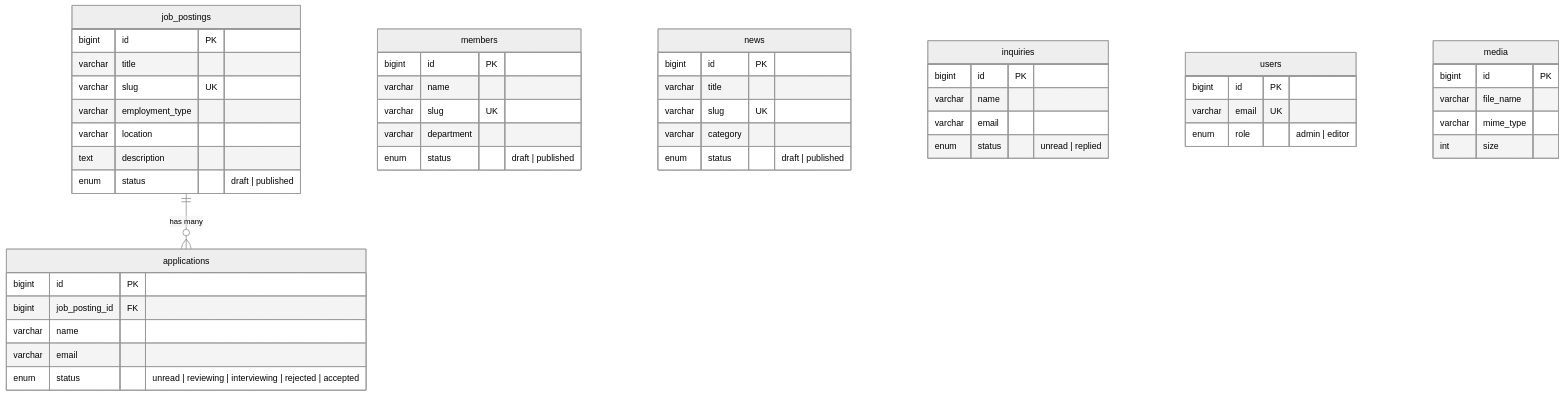
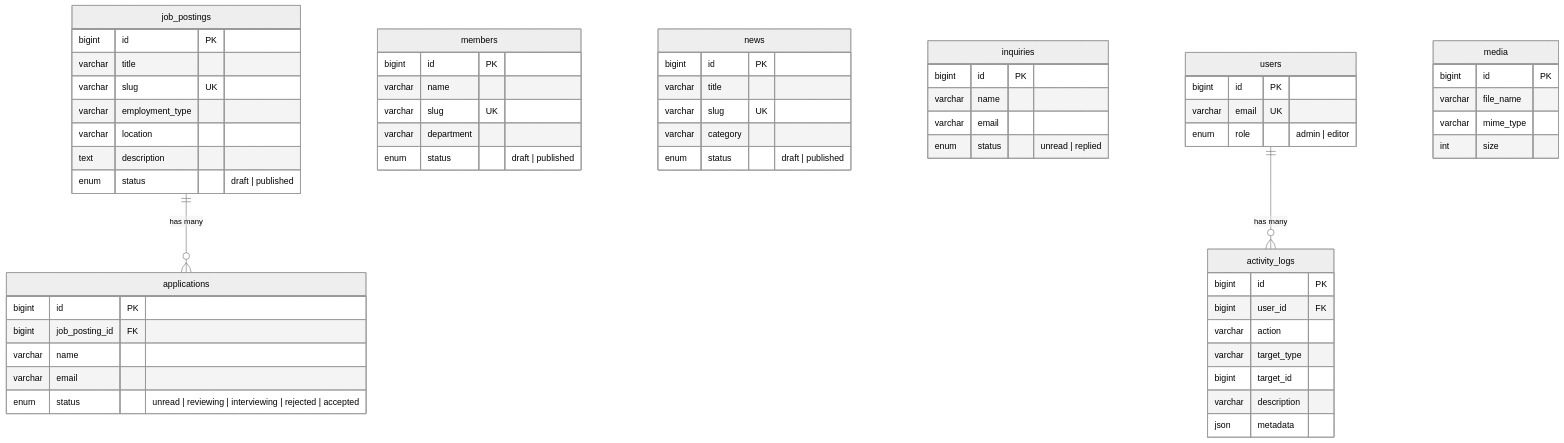
Before and after one commit to yohei0819/modern-corporate-site: the diagram in README.md, drawn with Mermaid (neutral theme). The commit also changed other lines of this file, not shown here.

````diff
--- a/README.md
+++ b/README.md
@@ -169,58 +186,70 @@
 ```mermaid
 erDiagram
     job_postings ||--o{ applications : "has many"
 
     job_postings {
         bigint id PK
         varchar title
         varchar slug UK
         varchar employment_type
         varchar location
         text description
         enum status "draft | published"
     }
 
     applications {
         bigint id PK
         bigint job_posting_id FK
         varchar name
         varchar email
         enum status "unread | reviewing | interviewing | rejected | accepted"
     }
 
     members {
         bigint id PK
         varchar name
         varchar slug UK
         varchar department
         enum status "draft | published"
     }
 
     news {
         bigint id PK
         varchar title
         varchar slug UK
         varchar category
         enum status "draft | published"
     }
 
     inquiries {
         bigint id PK
         varchar name
         varchar email
         enum status "unread | replied"
     }
 
     users {
         bigint id PK
         varchar email UK
         enum role "admin | editor"
     }
 
     media {
         bigint id PK
         varchar file_name
         varchar mime_type
         int size
     }
+
+    users ||--o{ activity_logs : "has many"
+
+    activity_logs {
+        bigint id PK
+        bigint user_id FK
+        varchar action
+        varchar target_type
+        bigint target_id
+        varchar description
+        json metadata
+    }
 ```
````
